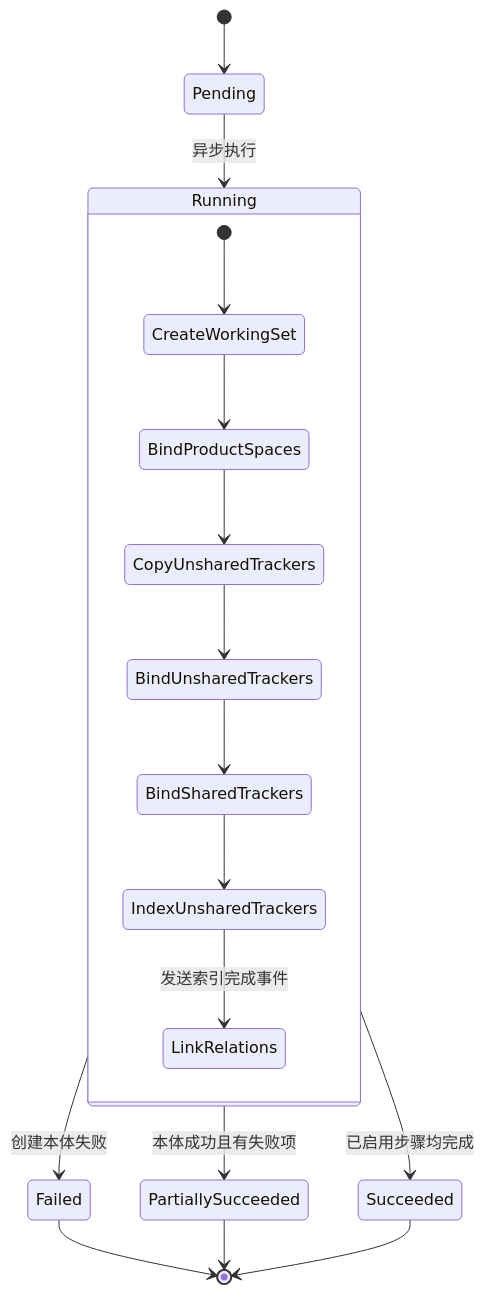
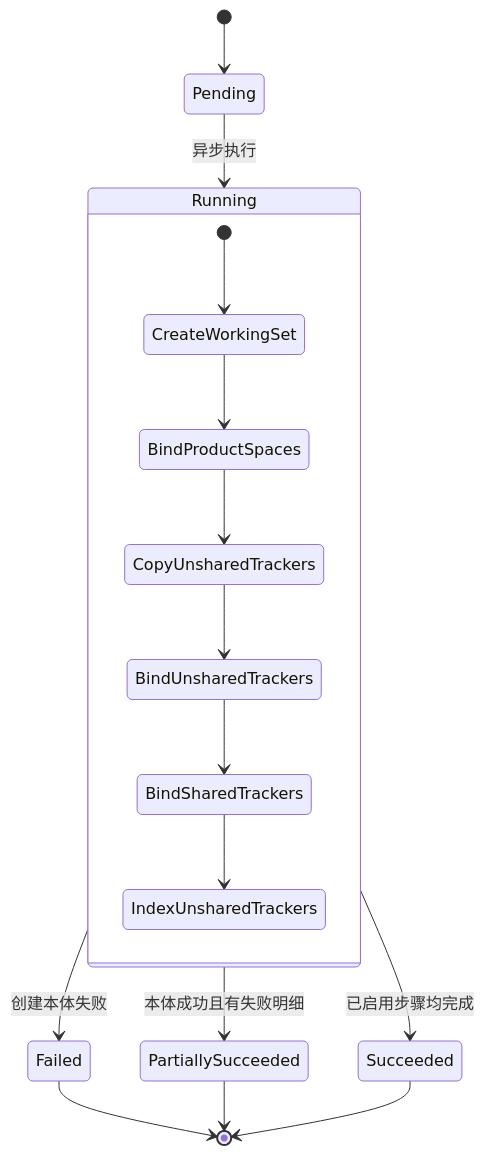
Before and after one commit to Greytrack/ddd-workingset: the diagram in docs/working-set/diagrams/working-set-creation-lro.md, drawn with Mermaid. The commit also changed other lines of this file and 17 other files, not shown here.

````diff
--- a/docs/working-set/diagrams/working-set-creation-lro.md
+++ b/docs/working-set/diagrams/working-set-creation-lro.md
@@ -5,20 +5,19 @@
 ```mermaid
 stateDiagram-v2
     [*] --> Pending
     Pending --> Running: 异步执行
     state Running {
         [*] --> CreateWorkingSet
         CreateWorkingSet --> BindProductSpaces
         BindProductSpaces --> CopyUnsharedTrackers
         CopyUnsharedTrackers --> BindUnsharedTrackers
         BindUnsharedTrackers --> BindSharedTrackers
         BindSharedTrackers --> IndexUnsharedTrackers
-        IndexUnsharedTrackers --> LinkRelations: 发送索引完成事件
     }
     Running --> Failed: 创建本体失败
-    Running --> PartiallySucceeded: 本体成功且有失败项
+    Running --> PartiallySucceeded: 本体成功且有失败明细
     Running --> Succeeded: 已启用步骤均完成
     Failed --> [*]
     PartiallySucceeded --> [*]
     Succeeded --> [*]
 ```
````
